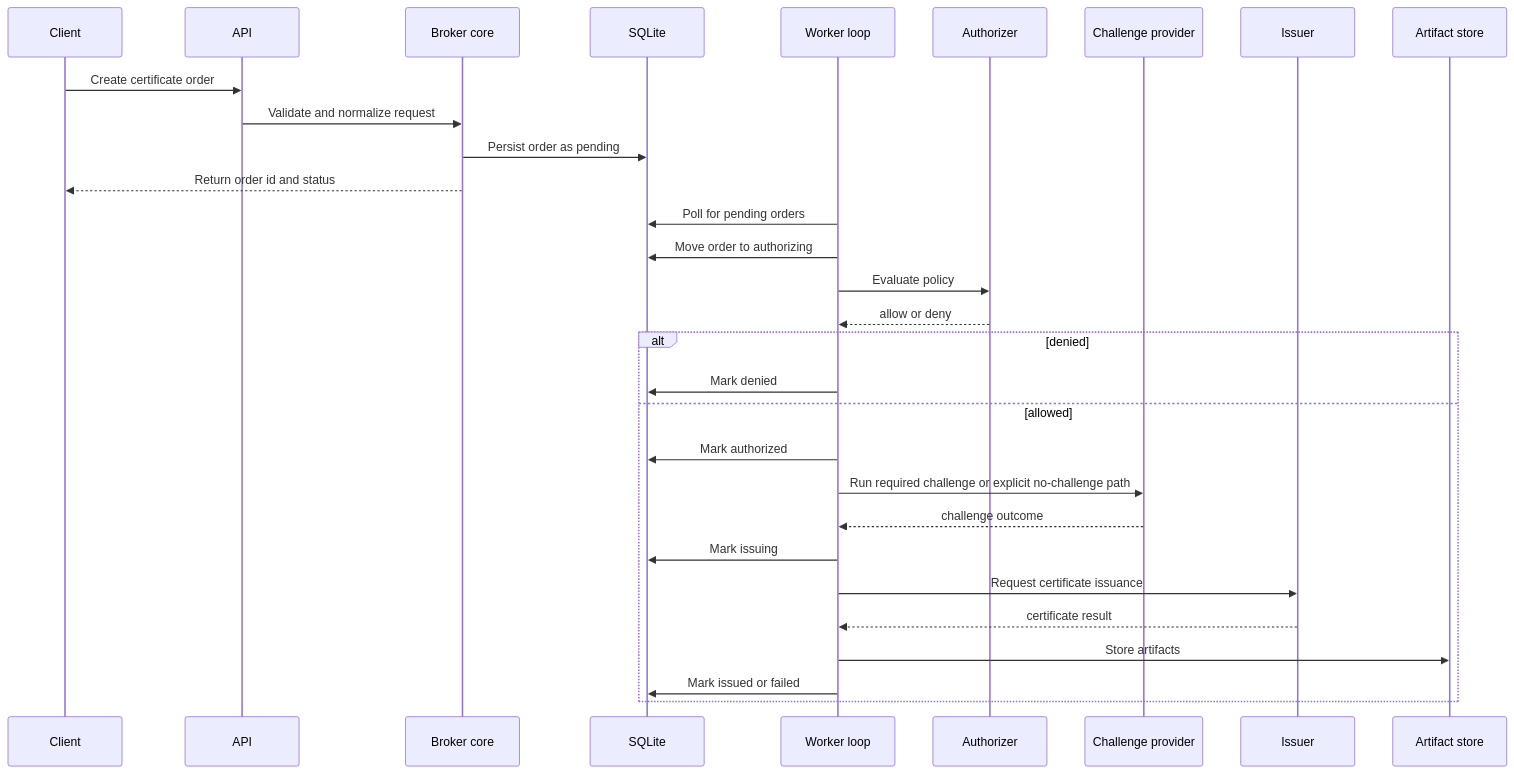
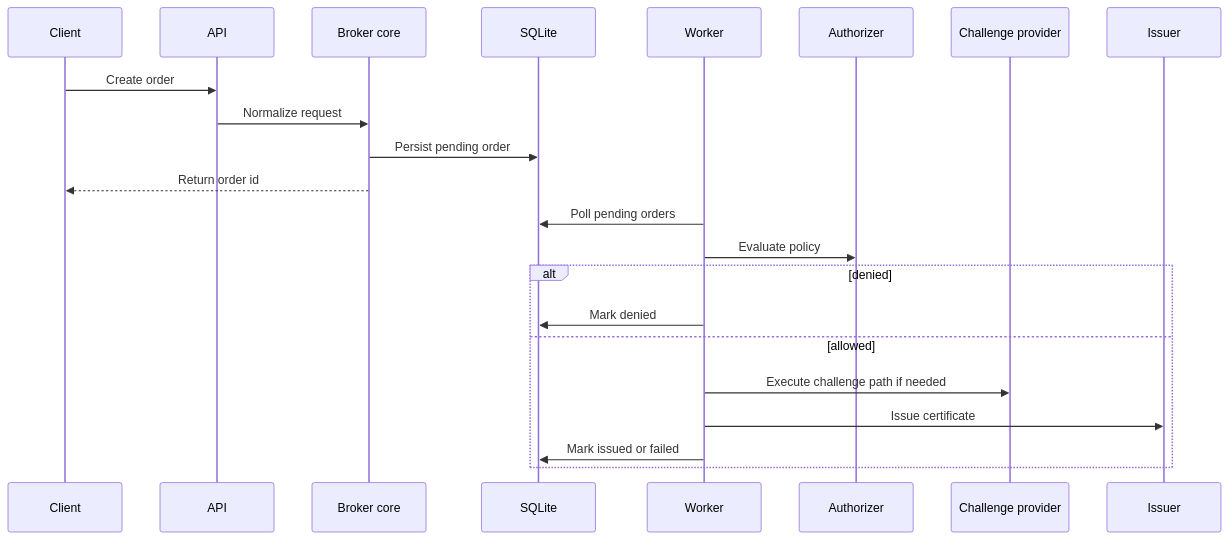
One commit to rohzb/acmed changed the second of 2 diagrams in architecture.md. Above: the diagram before and after it, drawn with Mermaid. The commit also changed other lines of this file and 8 other files, not shown here.

````diff
--- a/architecture.md
+++ b/architecture.md
@@ -139,33 +120,25 @@
 ```mermaid
 sequenceDiagram
   participant C as Client
   participant A as API
   participant B as Broker core
   participant D as SQLite
-  participant W as Worker loop
+  participant W as Worker
   participant Z as Authorizer
   participant P as Challenge provider
   participant I as Issuer
-  participant F as Artifact store
 
-  C->>A: Create certificate order
-  A->>B: Validate and normalize request
-  B->>D: Persist order as pending
-  B-->>C: Return order id and status
-  W->>D: Poll for pending orders
-  W->>D: Move order to authorizing
+  C->>A: Create order
+  A->>B: Normalize request
+  B->>D: Persist pending order
+  B-->>C: Return order id
+  W->>D: Poll pending orders
   W->>Z: Evaluate policy
-  Z-->>W: allow or deny
   alt denied
     W->>D: Mark denied
   else allowed
-    W->>D: Mark authorized
-    W->>P: Run required challenge or explicit no-challenge path
-    P-->>W: challenge outcome
-    W->>D: Mark issuing
-    W->>I: Request certificate issuance
-    I-->>W: certificate result
-    W->>F: Store artifacts
+    W->>P: Execute challenge path if needed
+    W->>I: Issue certificate
     W->>D: Mark issued or failed
   end
 ```
````
